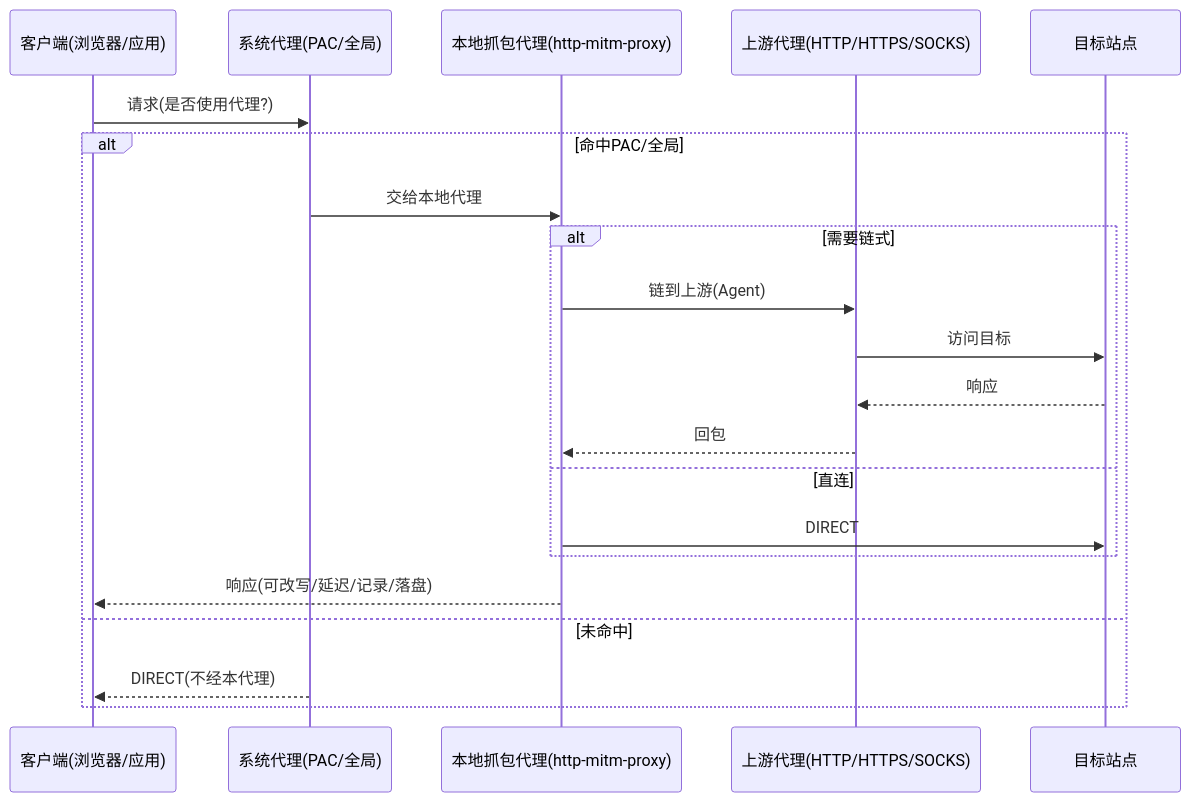
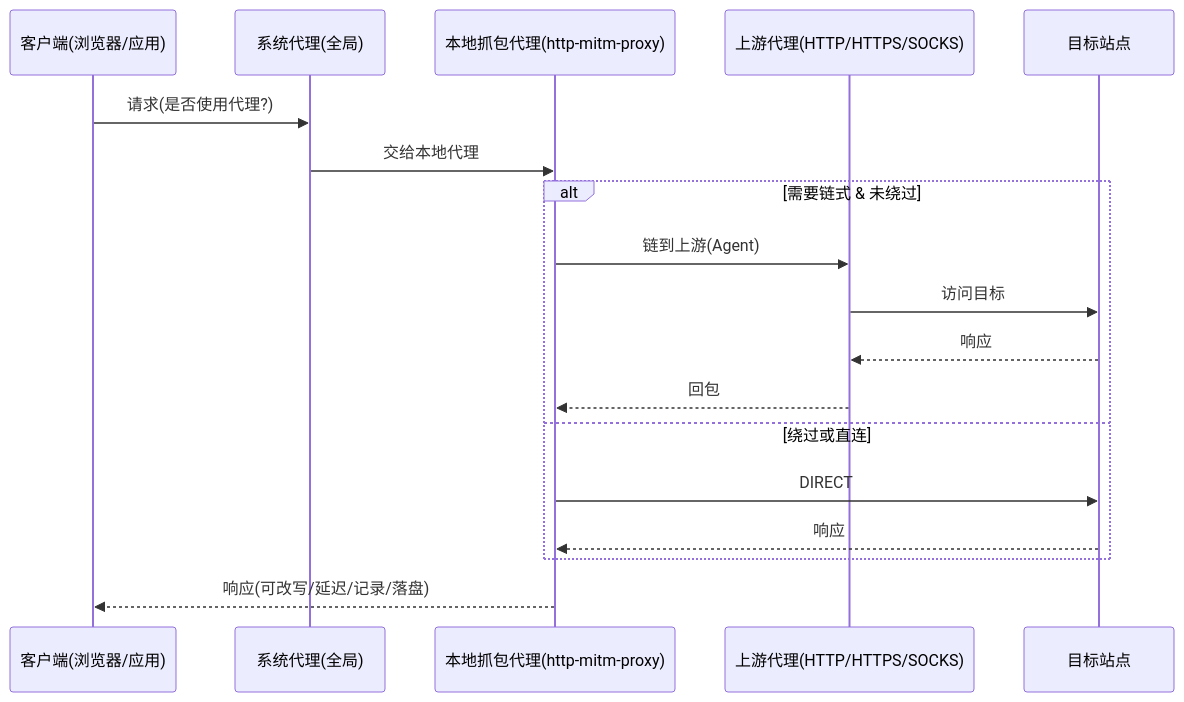
One commit to tuqigo/Toolbox changed the diagram in docs/抓包与链式上游-架构与使用指南.md. Above: the diagram before and after it, drawn with Mermaid. The commit also changed other lines of this file, not shown here.

````diff
--- a/docs/抓包与链式上游-架构与使用指南.md
+++ b/docs/抓包与链式上游-架构与使用指南.md
@@ -27,24 +27,21 @@
 ```mermaid
 sequenceDiagram
   participant Client as 客户端(浏览器/应用)
-  participant OS as 系统代理(PAC/全局)
+  participant OS as 系统代理(全局)
   participant MITM as 本地抓包代理(http-mitm-proxy)
   participant Up as 上游代理(HTTP/HTTPS/SOCKS)
   participant Site as 目标站点
 
   Client->>OS: 请求(是否使用代理?)
-  alt 命中PAC/全局
-    OS->>MITM: 交给本地代理
-    alt 需要链式
-      MITM->>Up: 链到上游(Agent)
-      Up->>Site: 访问目标
-      Site-->>Up: 响应
-      Up-->>MITM: 回包
-    else 直连
-      MITM->>Site: DIRECT
-    end
-    MITM-->>Client: 响应(可改写/延迟/记录/落盘)
-  else 未命中
-    OS-->>Client: DIRECT(不经本代理)
+  OS->>MITM: 交给本地代理
+  alt 需要链式 & 未绕过
+    MITM->>Up: 链到上游(Agent)
+    Up->>Site: 访问目标
+    Site-->>Up: 响应
+    Up-->>MITM: 回包
+  else 绕过或直连
+    MITM->>Site: DIRECT
+    Site-->>MITM: 响应
   end
+  MITM-->>Client: 响应(可改写/延迟/记录/落盘)
 ```
````
